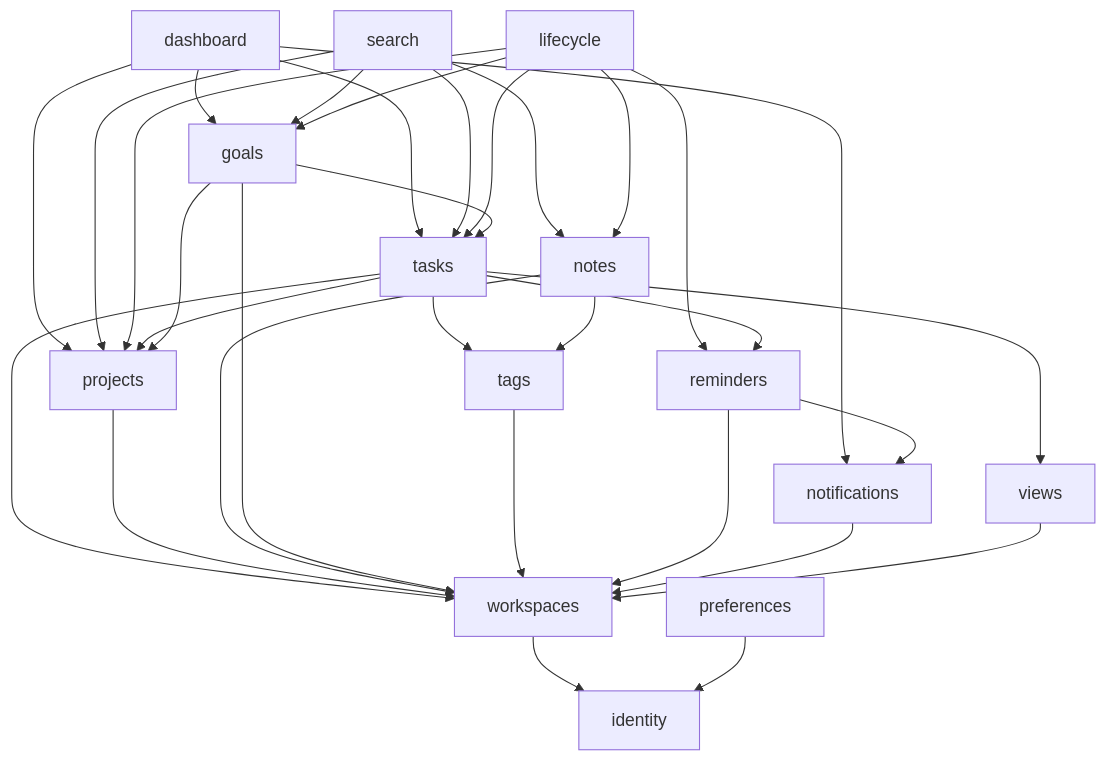
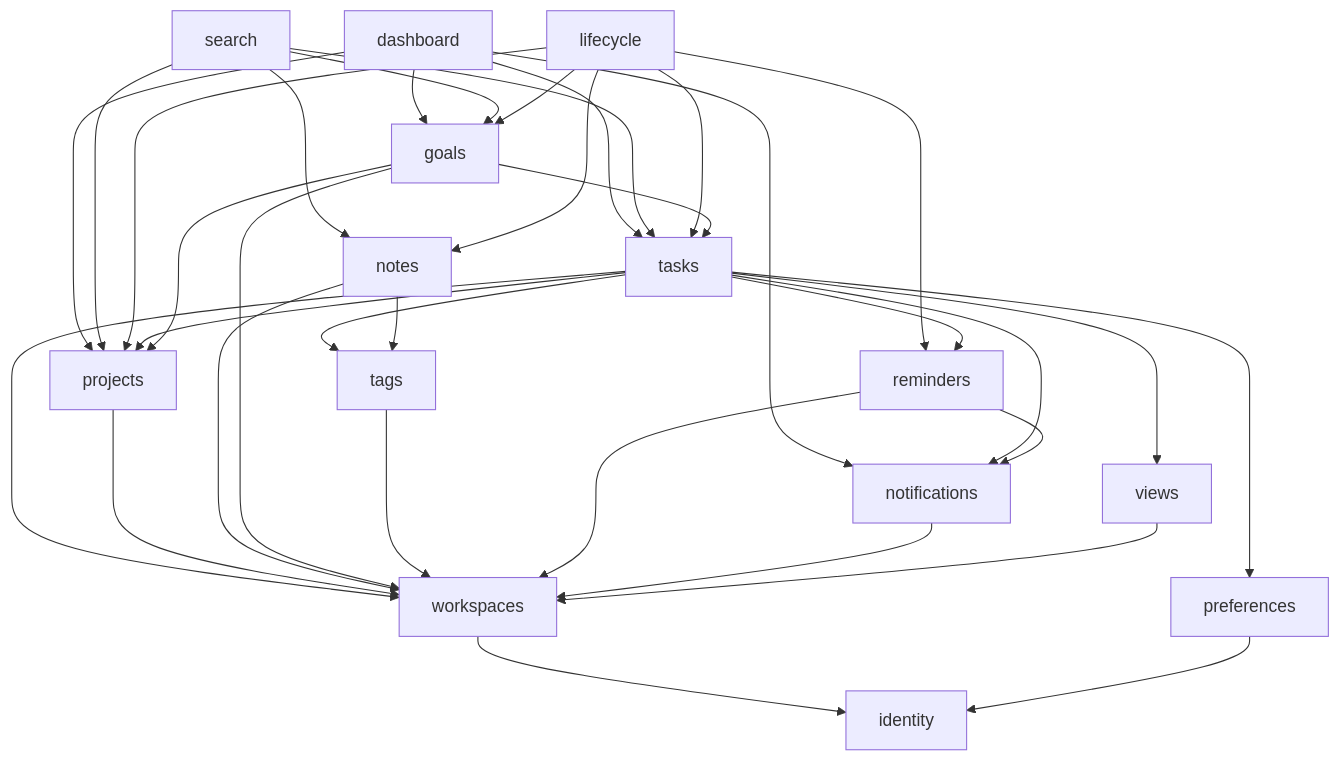
One commit to aysegulakgul/Aysly changed the second of 3 diagrams in docs/ARCHITECTURE.md. Above: the diagram before and after it, drawn with Mermaid. The commit also changed other lines of this file and 86 other files, not shown here.

````diff
--- a/docs/ARCHITECTURE.md
+++ b/docs/ARCHITECTURE.md
@@ -165,13 +167,13 @@
 ```mermaid
 flowchart TD
   dashboard --> tasks & projects & goals & notifications
   search --> tasks & projects & notes & goals
   lifecycle --> tasks & projects & notes & goals & reminders
-  tasks --> projects & tags & reminders & views
+  tasks --> projects & tags & reminders & views & notifications & preferences
   notes --> tags
   goals --> tasks & projects
   reminders --> notifications
   tasks & projects & notes & goals & tags & reminders & notifications & views --> workspaces
   workspaces --> identity
   preferences --> identity
 ```
````
